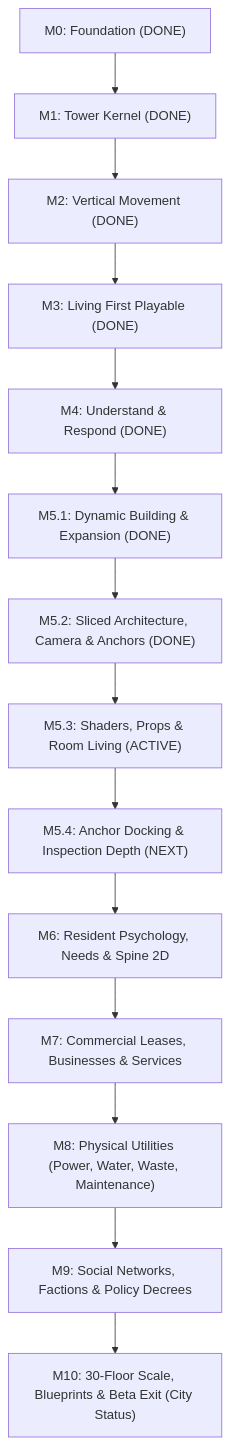
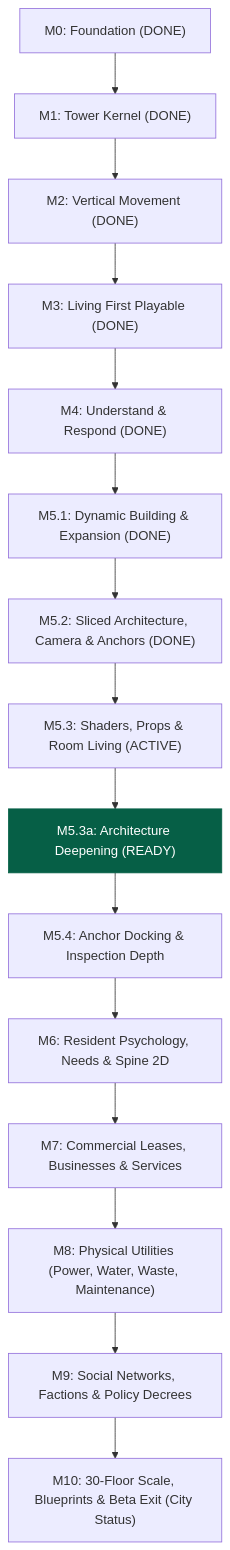
Before and after one commit to Gijsja/one-roof: the diagram in Planning/ROADMAP.md, drawn with Mermaid. The commit also changed other lines of this file and 21 other files, not shown here.

Commit message:
refactor(architecture): delete parallel prototype simulation and consolidate on TowerSimulationSession (ARCH-001)

````diff
--- a/Planning/ROADMAP.md
+++ b/Planning/ROADMAP.md
@@ -15,16 +15,18 @@
 ```mermaid
 graph TD
     M0["M0: Foundation (DONE)"] --> M1["M1: Tower Kernel (DONE)"]
     M1 --> M2["M2: Vertical Movement (DONE)"]
     M2 --> M3["M3: Living First Playable (DONE)"]
     M3 --> M4["M4: Understand & Respond (DONE)"]
     M4 --> M51["M5.1: Dynamic Building & Expansion (DONE)"]
     M51 --> M52["M5.2: Sliced Architecture, Camera & Anchors (DONE)"]
     M52 --> M53["M5.3: Shaders, Props & Room Living (ACTIVE)"]
-    M53 --> M54["M5.4: Anchor Docking & Inspection Depth (NEXT)"]
+    M53 --> M53a["M5.3a: Architecture Deepening (READY)"]
+    M53a --> M54["M5.4: Anchor Docking & Inspection Depth"]
     M54 --> M6["M6: Resident Psychology, Needs & Spine 2D"]
     M6 --> M7["M7: Commercial Leases, Businesses & Services"]
     M7 --> M8["M8: Physical Utilities (Power, Water, Waste, Maintenance)"]
     M8 --> M9["M9: Social Networks, Factions & Policy Decrees"]
     M9 --> M10["M10: 30-Floor Scale, Blueprints & Beta Exit (City Status)"]
+    style M53a fill:#065f46,color:#fff,stroke:#065f46
 ```
````
